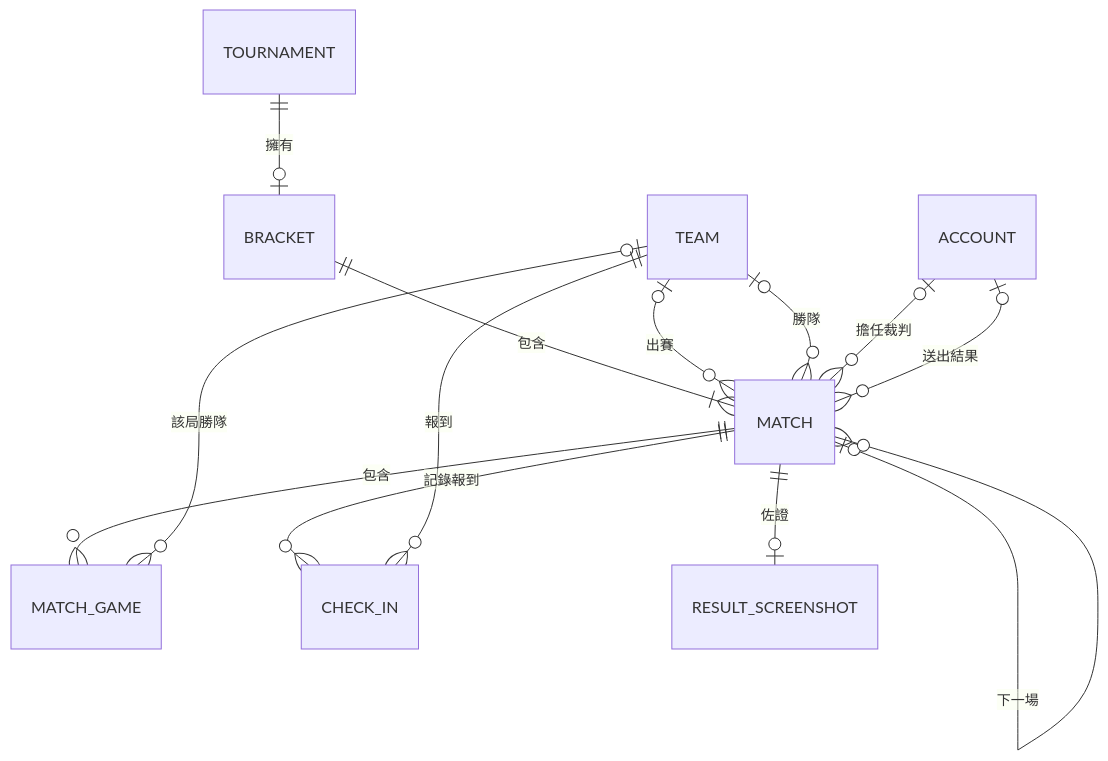
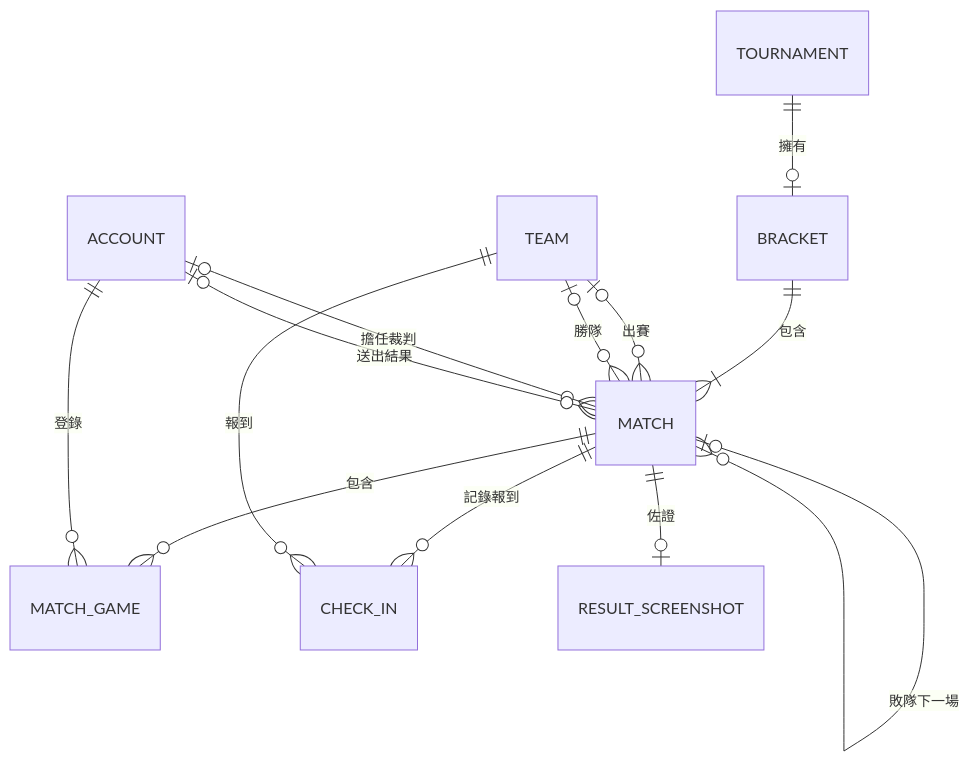
One commit to Team14good/esport-platform changed the eighth of 15 diagrams in docs/midterm/B-軟體需求分析文件.md. Above: the diagram before and after it, drawn with Mermaid. The commit also changed other lines of this file and 14 other files, not shown here.

````diff
--- a/docs/midterm/B-軟體需求分析文件.md
+++ b/docs/midterm/B-軟體需求分析文件.md
@@ -672,15 +712,16 @@
 ```mermaid
 erDiagram
   TOURNAMENT ||--o| BRACKET : "擁有"
   BRACKET ||--|{ MATCH : "包含"
   TEAM |o--o{ MATCH : "出賽"
   TEAM |o--o{ MATCH : "勝隊"
   MATCH |o--o{ MATCH : "下一場"
+  MATCH |o--o{ MATCH : "敗隊下一場"
   ACCOUNT |o--o{ MATCH : "擔任裁判"
   ACCOUNT |o--o{ MATCH : "送出結果"
   MATCH ||--o{ MATCH_GAME : "包含"
-  TEAM |o--o{ MATCH_GAME : "該局勝隊"
+  ACCOUNT ||--o{ MATCH_GAME : "登錄"
   MATCH ||--o{ CHECK_IN : "記錄報到"
   TEAM ||--o{ CHECK_IN : "報到"
   MATCH ||--o| RESULT_SCREENSHOT : "佐證"
 ```
````
